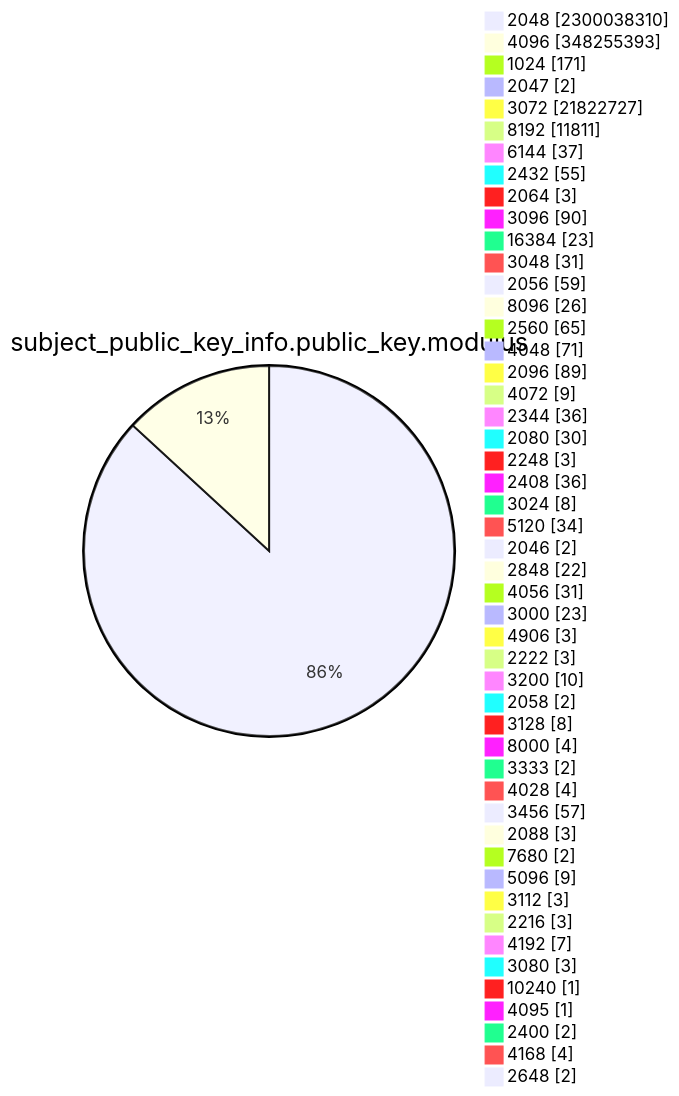
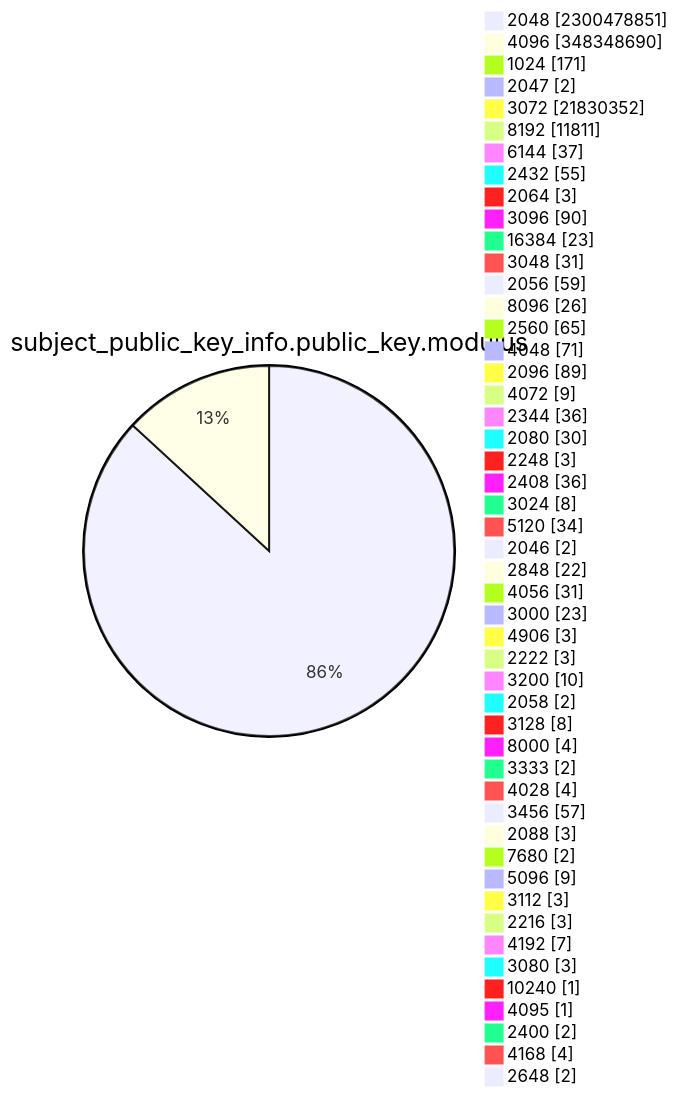
One commit to christiankrug/ctmonitor_visualization changed diagram 13 of 15 in TOTAL/README.md. Above: the diagram before and after it, drawn with Mermaid. The commit also changed other lines of this file, not shown here.

````diff
--- a/TOTAL/README.md
+++ b/TOTAL/README.md
@@ -4167,53 +4167,53 @@
 ```mermaid
 pie showData
 title subject_public_key_info.public_key.modulus
-"2048" :2300038310
-"4096" :348255393
+"2048" :2300478851
+"4096" :348348690
 "1024" :171
 "2047" :2
-"3072" :21822727
+"3072" :21830352
 "8192" :11811
 "6144" :37
 "2432" :55
 "2064" :3
 "3096" :90
 "16384" :23
 "3048" :31
 "2056" :59
 "8096" :26
 "2560" :65
 "4048" :71
 "2096" :89
 "4072" :9
 "2344" :36
 "2080" :30
 "2248" :3
 "2408" :36
 "3024" :8
 "5120" :34
 "2046" :2
 "2848" :22
 "4056" :31
 "3000" :23
 "4906" :3
 "2222" :3
 "3200" :10
 "2058" :2
 "3128" :8
 "8000" :4
 "3333" :2
 "4028" :4
 "3456" :57
 "2088" :3
 "7680" :2
 "5096" :9
 "3112" :3
 "2216" :3
 "4192" :7
 "3080" :3
 "10240" :1
 "4095" :1
 "2400" :2
 "4168" :4
 "2648" :2
 ```
````
